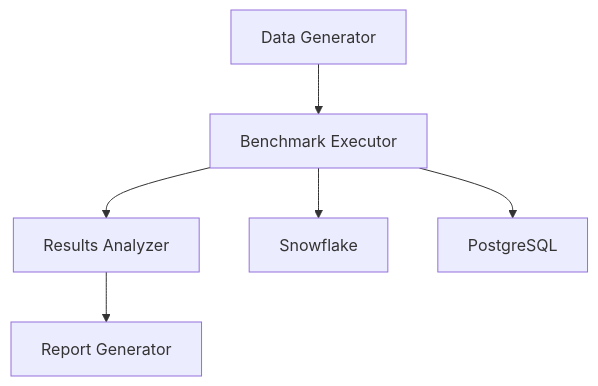
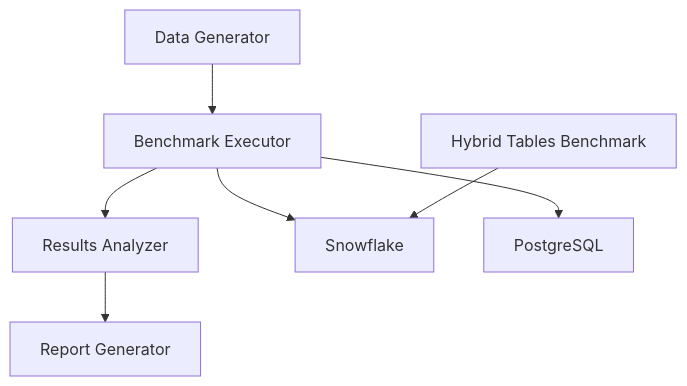
One commit to finaloop/snowflake-vs-postgres-poc changed the diagram in memory-bank/systemPatterns.md. Above: the diagram before and after it, drawn with Mermaid. The commit also changed other lines of this file and 6 other files, not shown here.

````diff
--- a/memory-bank/systemPatterns.md
+++ b/memory-bank/systemPatterns.md
@@ -11,8 +12,9 @@
    ```mermaid
    graph TD
        DG[Data Generator] --> BE[Benchmark Executor]
        BE --> RA[Results Analyzer]
        RA --> RG[Report Generator]
        BE --> SF[Snowflake]
        BE --> PG[PostgreSQL]
+       HTB[Hybrid Tables Benchmark] --> SF
    ```
````
